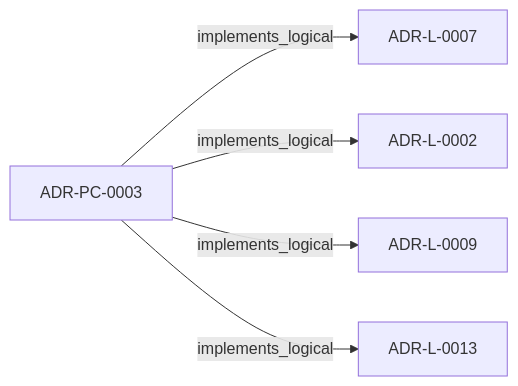
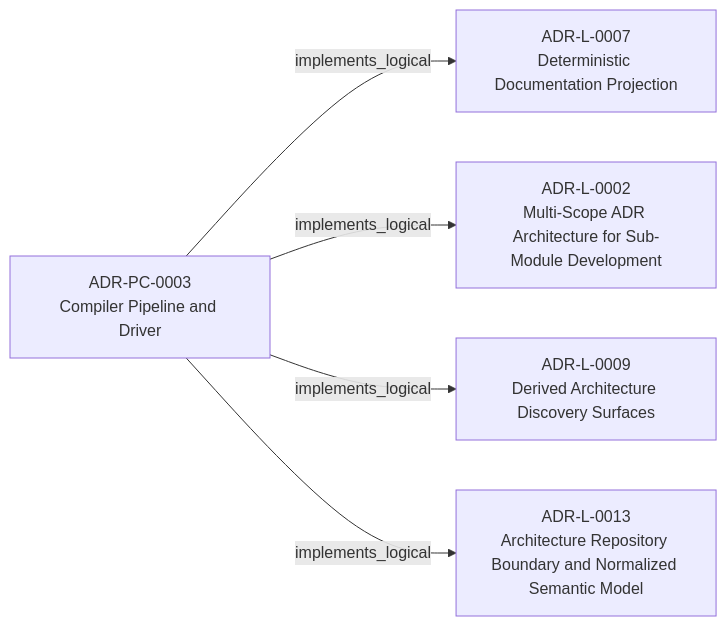
The second of 3 diagrams in adrs/adr-projection/physical-component/ADR-PC-0003-compiler-pipeline-and-driver.md (egallmann/adr-architecture-kit), drawn with Mermaid before and after one commit. The commit also changed other lines of this file and 35 other files, not shown here.

First line of the commit message:
docs: regenerate deterministic ADR-PC projections

````diff
--- a/adrs/adr-projection/physical-component/ADR-PC-0003-compiler-pipeline-and-driver.md
+++ b/adrs/adr-projection/physical-component/ADR-PC-0003-compiler-pipeline-and-driver.md
@@ -49,12 +85,12 @@
 ```mermaid
 flowchart LR
-  n_019fee89_e615_7b9c_8e3f_32ceeda01491["ADR-L-0007"]
-  n_019fee89_e615_7f19_810b_c7b33a9d9e0d["ADR-L-0002"]
-  n_019fee89_e616_770c_a025_2c241a720730["ADR-L-0009"]
-  n_019fee89_e616_7c4e_953c_b7349412a784["ADR-L-0013"]
-  n_019fee89_e618_7b76_843f_cfe21ceb2ea6["ADR-PC-0003"]
+  n_019fee89_e615_7b9c_8e3f_32ceeda01491["ADR-L-0007<br/>Deterministic Documentation Projection"]
+  n_019fee89_e615_7f19_810b_c7b33a9d9e0d["ADR-L-0002<br/>Multi-Scope ADR Architecture for Sub-Module Development"]
+  n_019fee89_e616_770c_a025_2c241a720730["ADR-L-0009<br/>Derived Architecture Discovery Surfaces"]
+  n_019fee89_e616_7c4e_953c_b7349412a784["ADR-L-0013<br/>Architecture Repository Boundary and Normalized Semantic Model"]
+  n_019fee89_e618_7b76_843f_cfe21ceb2ea6["ADR-PC-0003<br/>Compiler Pipeline and Driver"]
   n_019fee89_e618_7b76_843f_cfe21ceb2ea6 -->|"implements_logical"| n_019fee89_e615_7b9c_8e3f_32ceeda01491
   n_019fee89_e618_7b76_843f_cfe21ceb2ea6 -->|"implements_logical"| n_019fee89_e615_7f19_810b_c7b33a9d9e0d
   n_019fee89_e618_7b76_843f_cfe21ceb2ea6 -->|"implements_logical"| n_019fee89_e616_770c_a025_2c241a720730
   n_019fee89_e618_7b76_843f_cfe21ceb2ea6 -->|"implements_logical"| n_019fee89_e616_7c4e_953c_b7349412a784
 ```
````
